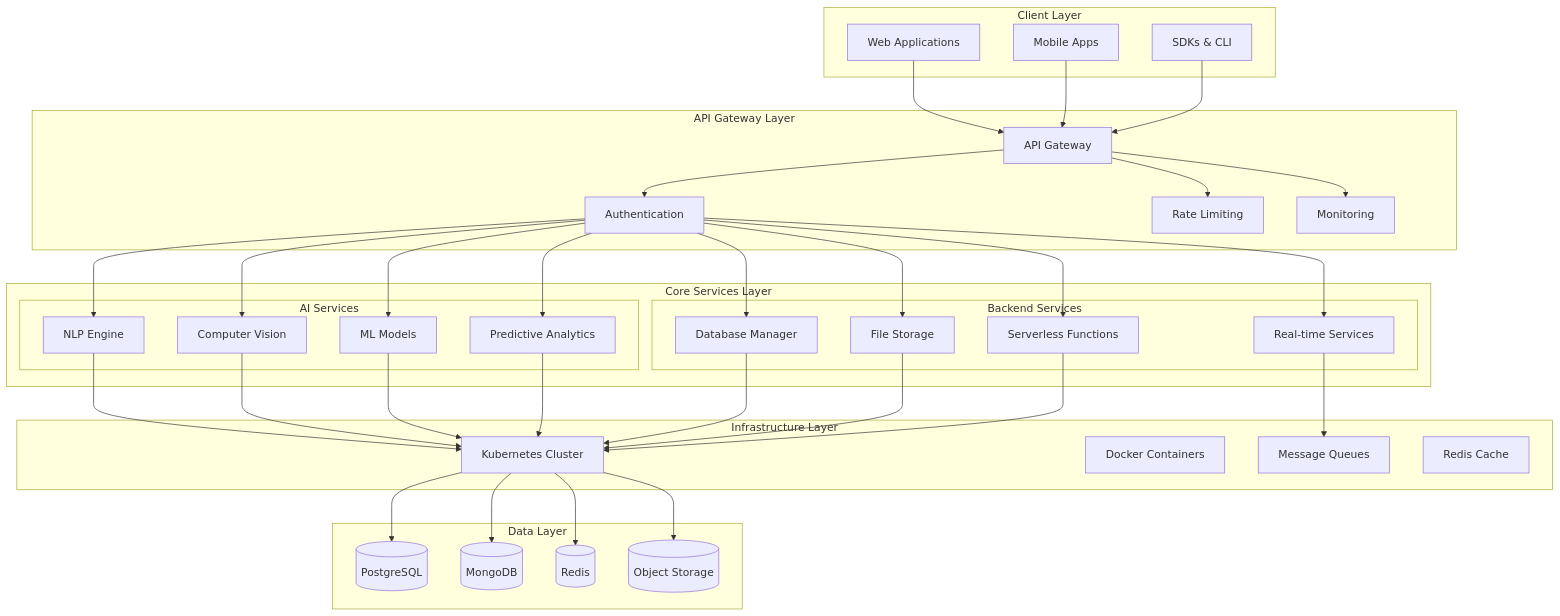
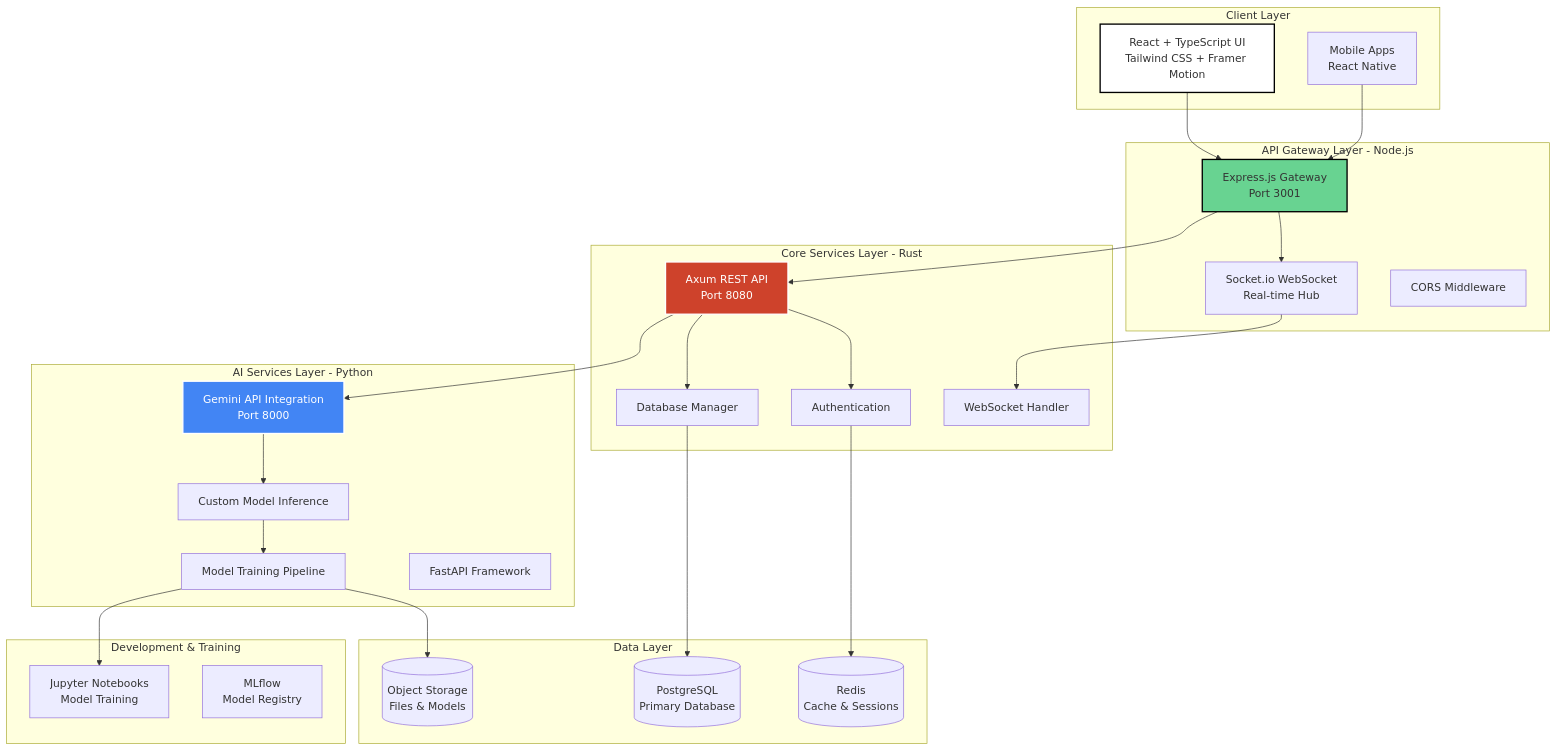
The first of 2 diagrams in README.md (Haggai-dev665/AI-Powered-BAAS), drawn with Mermaid before and after one commit. The commit also changed other lines of this file and 8 other files, not shown here.

````diff
--- a/README.md
+++ b/README.md
@@ -183,76 +41,61 @@
 ```mermaid
 graph TB
     subgraph "Client Layer"
-        WEB[Web Applications]
-        MOBILE[Mobile Apps]
-        SDK[SDKs & CLI]
+        WEB[React + TypeScript UI<br/>Tailwind CSS + Framer Motion]
+        MOBILE[Mobile Apps<br/>React Native]
     end
     
-    subgraph "API Gateway Layer"
-        GATEWAY[API Gateway]
-        AUTH[Authentication]
-        RATE[Rate Limiting]
-        MONITOR[Monitoring]
+    subgraph "API Gateway Layer - Node.js"
+        GATEWAY[Express.js Gateway<br/>Port 3001]
+        WS[Socket.io WebSocket<br/>Real-time Hub]
+        CORS[CORS Middleware]
     end
     
-    subgraph "Core Services Layer"
-        subgraph "AI Services"
-            NLP[NLP Engine]
-            CV[Computer Vision]
-            ML[ML Models]
-            PRED[Predictive Analytics]
-        end
-        
-        subgraph "Backend Services"
-            DB[Database Manager]
-            STORAGE[File Storage]
-            FUNC[Serverless Functions]
-            REAL[Real-time Services]
-        end
+    subgraph "Core Services Layer - Rust"
+        RUST_API[Axum REST API<br/>Port 8080]
+        RUST_WS[WebSocket Handler]
+        RUST_AUTH[Authentication]
+        RUST_DB[Database Manager]
     end
     
-    subgraph "Infrastructure Layer"
-        KUBE[Kubernetes Cluster]
-        DOCKER[Docker Containers]
-        QUEUE[Message Queues]
-        CACHE[Redis Cache]
+    subgraph "AI Services Layer - Python"
+        GEMINI[Gemini API Integration<br/>Port 8000]
+        CUSTOM[Custom Model Inference]
+        TRAINING[Model Training Pipeline]
+        FASTAPI[FastAPI Framework]
     end
     
     subgraph "Data Layer"
-        POSTGRES[(PostgreSQL)]
-        MONGO[(MongoDB)]
-        REDIS[(Redis)]
-        S3[(Object Storage)]
+        POSTGRES[(PostgreSQL<br/>Primary Database)]
+        REDIS[(Redis<br/>Cache & Sessions)]
+        S3[(Object Storage<br/>Files & Models)]
+    end
+    
+    subgraph "Development & Training"
+        JUPYTER[Jupyter Notebooks<br/>Model Training]
+        MLFLOW[MLflow<br/>Model Registry]
     end
     
     WEB --> GATEWAY
     MOBILE --> GATEWAY
-    SDK --> GATEWAY
+    GATEWAY --> WS
+    GATEWAY --> RUST_API
+    WS --> RUST_WS
     
-    GATEWAY --> AUTH
-    GATEWAY --> RATE
-    GATEWAY --> MONITOR
+    RUST_API --> RUST_AUTH
+    RUST_API --> RUST_DB
+    RUST_API --> GEMINI
     
-    AUTH --> NLP
-    AUTH --> CV
-    AUTH --> ML
-    AUTH --> PRED
-    AUTH --> DB
-    AUTH --> STORAGE
-    AUTH --> FUNC
-    AUTH --> REAL
+    GEMINI --> CUSTOM
+    CUSTOM --> TRAINING
     
-    NLP --> KUBE
-    CV --> KUBE
-    ML --> KUBE
-    PRED --> KUBE
-    DB --> KUBE
-    STORAGE --> KUBE
-    FUNC --> KUBE
-    REAL --> QUEUE
+    RUST_DB --> POSTGRES
+    RUST_AUTH --> REDIS
+    TRAINING --> S3
+    TRAINING --> JUPYTER
     
-    KUBE --> POSTGRES
-    KUBE --> MONGO
-    KUBE --> REDIS
-    KUBE --> S3
+    style WEB fill:#ffffff,stroke:#000000,stroke-width:2px
+    style RUST_API fill:#ce422b,stroke:#ffffff,stroke-width:2px,color:#ffffff
+    style GEMINI fill:#4285f4,stroke:#ffffff,stroke-width:2px,color:#ffffff
+    style GATEWAY fill:#68d391,stroke:#000000,stroke-width:2px
 ```
````
